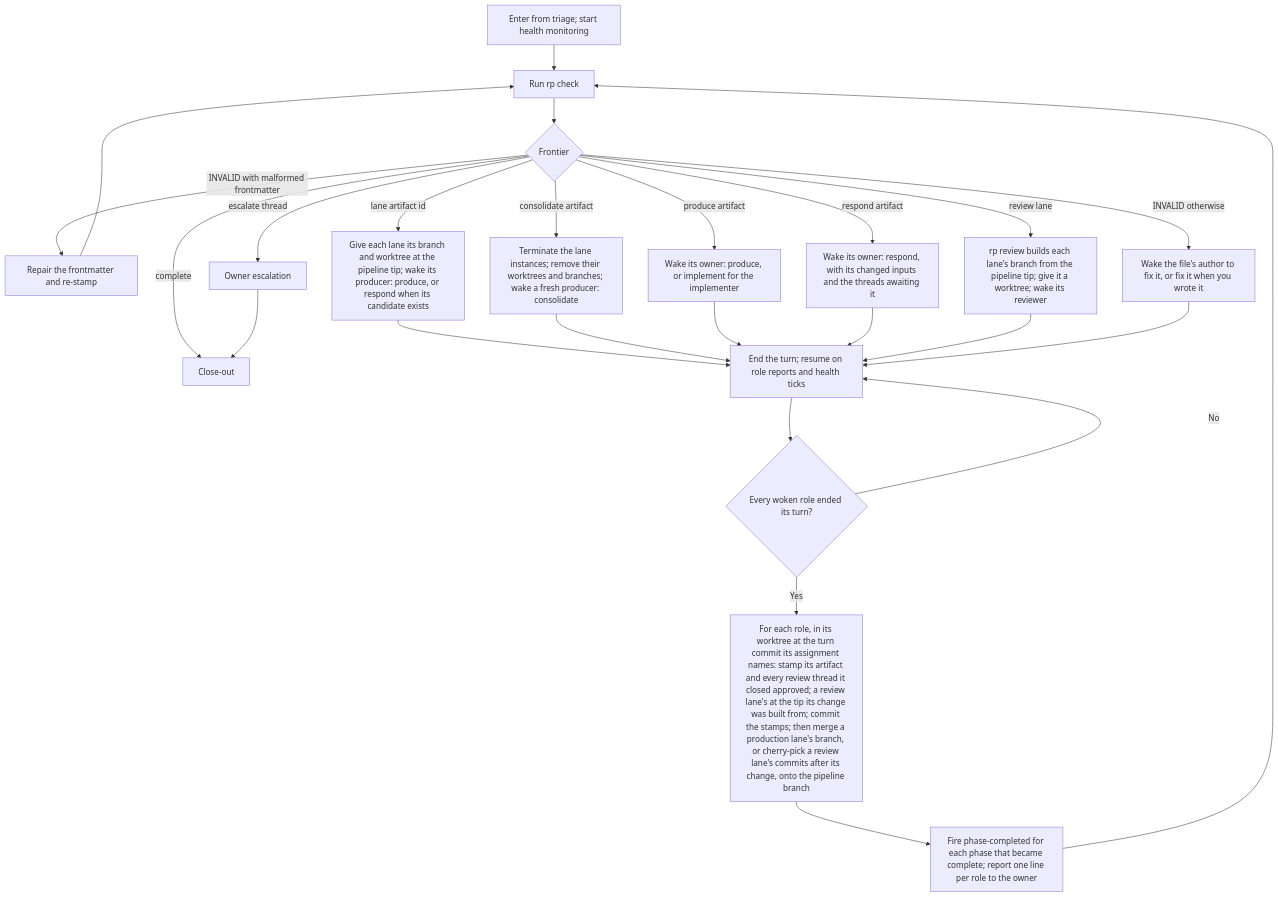
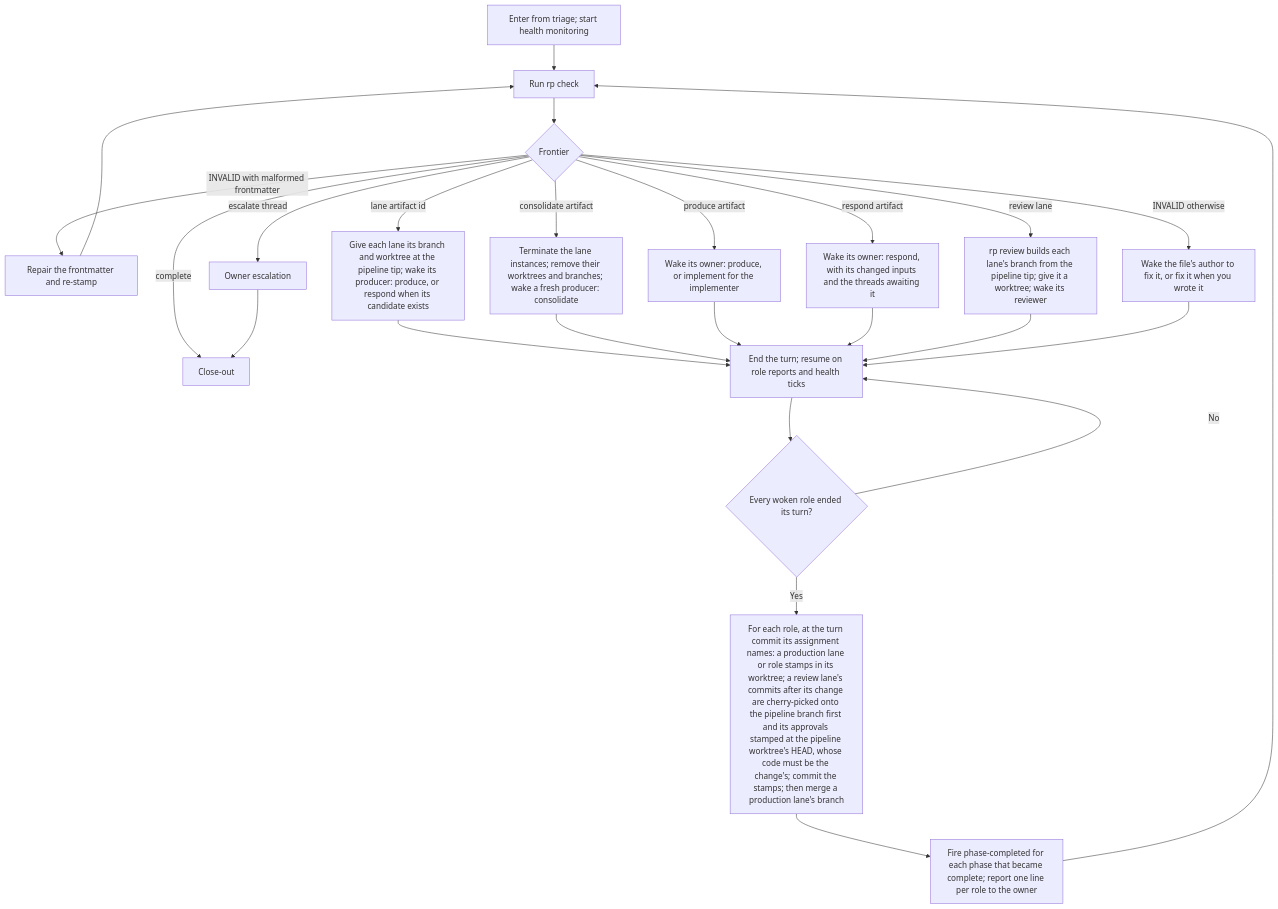
One commit to Automattic/radical-pipelines changed the diagram in docs/flowcharts/loop.md. Above: the diagram before and after it, drawn with Mermaid. The commit also changed 8 other files, not shown here.

Commit message:
Stamp a review approval at the pipeline commit it lands on, checked against the change it reviewed (assisted)

````diff
--- a/docs/flowcharts/loop.md
+++ b/docs/flowcharts/loop.md
@@ -5,27 +5,27 @@
 ```mermaid
 flowchart TD
     START["Enter from triage; start health monitoring"] --> A["Run rp check"]
     A --> C{"Frontier"}
     C -->|INVALID with malformed frontmatter| FM["Repair the frontmatter and re-stamp"]
     C -->|INVALID otherwise| AUTHOR["Wake the file's author to fix it, or fix it when you wrote it"]
     C -->|escalate thread| OE["Owner escalation"]
     C -->|lane artifact id| LANE["Give each lane its branch and worktree at the pipeline tip; wake its producer: produce, or respond when its candidate exists"]
     C -->|consolidate artifact| CON["Terminate the lane instances; remove their worktrees and branches; wake a fresh producer: consolidate"]
     C -->|produce artifact| PRODUCE["Wake its owner: produce, or implement for the implementer"]
     C -->|respond artifact| RESPOND["Wake its owner: respond, with its changed inputs and the threads awaiting it"]
     C -->|review lane| REVIEW["rp review builds each lane's branch from the pipeline tip; give it a worktree; wake its reviewer"]
     C -->|complete| CLOSE["Close-out"]
     OE --> CLOSE
     FM --> A
     LANE --> WAIT
     CON --> WAIT
     PRODUCE --> WAIT
     RESPOND --> WAIT
     REVIEW --> WAIT
     AUTHOR --> WAIT
     WAIT["End the turn; resume on role reports and health ticks"] --> ENDED{"Every woken role ended its turn?"}
     ENDED -->|No| WAIT
-    ENDED -->|Yes| LAND["For each role, in its worktree at the turn commit its assignment names: stamp its artifact and every review thread it closed approved; a review lane's at the tip its change was built from; commit the stamps; then merge a production lane's branch, or cherry-pick a review lane's commits after its change, onto the pipeline branch"]
+    ENDED -->|Yes| LAND["For each role, at the turn commit its assignment names: a production lane or role stamps in its worktree; a review lane's commits after its change are cherry-picked onto the pipeline branch first and its approvals stamped at the pipeline worktree's HEAD, whose code must be the change's; commit the stamps; then merge a production lane's branch"]
     LAND --> PC["Fire phase-completed for each phase that became complete; report one line per role to the owner"]
     PC --> A
 ```
````
